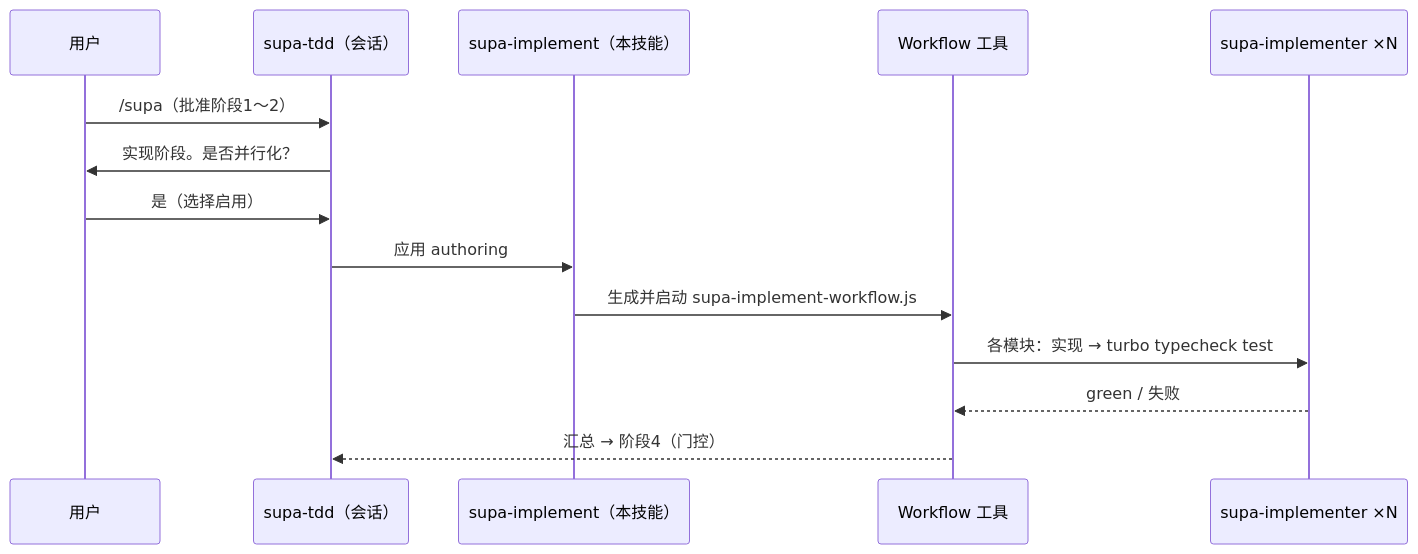
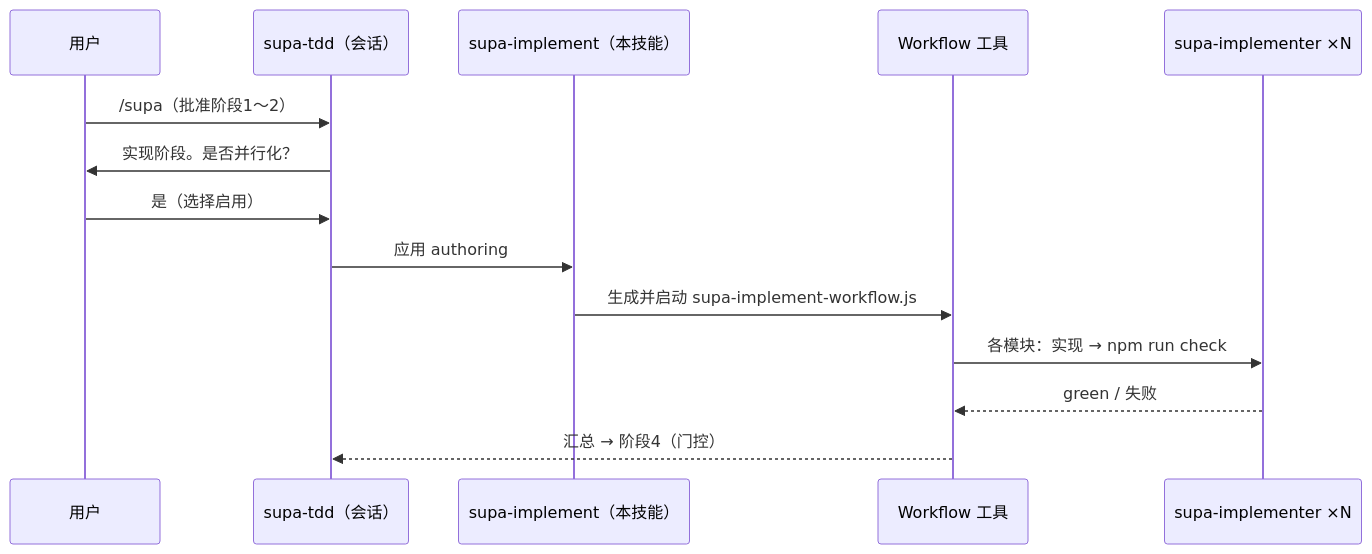
Before and after one commit to magcen-zone/supadevops: the diagram in skills/supa-implement/SKILL.md, drawn with Mermaid. The commit also changed other lines of this file and 9 other files, not shown here.

First line of the commit message:
feat(v0.7.0): turborepo 依存を除去し npm workspaces(npm run check)に一本化

````diff
--- a/skills/supa-implement/SKILL.md
+++ b/skills/supa-implement/SKILL.md
@@ -12,16 +12,16 @@
 ```mermaid
 sequenceDiagram
     participant U as 用户
     participant S as supa-tdd（会话）
     participant K as supa-implement（本技能）
     participant W as Workflow 工具
     participant A as supa-implementer ×N
     U->>S: /supa（批准阶段1～2）
     S->>U: 实现阶段。是否并行化？
     U->>S: 是（选择启用）
     S->>K: 应用 authoring
     K->>W: 生成并启动 supa-implement-workflow.js
-    W->>A: 各模块：实现 → turbo typecheck test
+    W->>A: 各模块：实现 → npm run check
     A-->>W: green / 失败
     W-->>S: 汇总 → 阶段4（门控）
 ```
````
